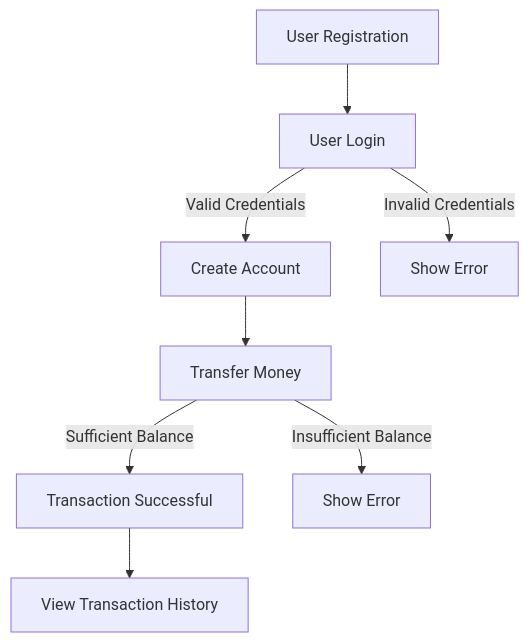
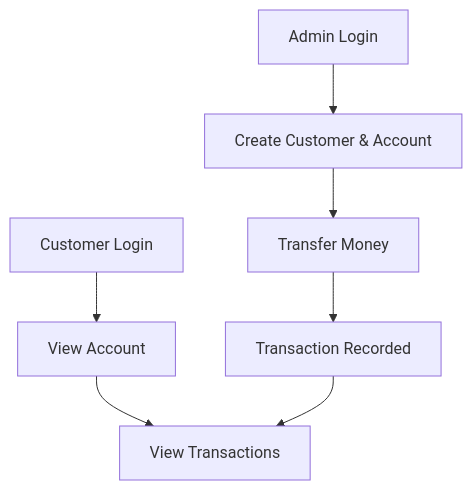
The diagram in README.md (saranya-3012/Secure-Transaction-Management-System), drawn with Mermaid before and after one commit.

````diff
--- a/README.md
+++ b/README.md
@@ -9,12 +9,10 @@
 ```mermaid
 graph TD
-A[User Registration] --> B[User Login]
-B -->|Valid Credentials| C[Create Account]
-B -->|Invalid Credentials| F[Show Error]
+A[Admin Login] --> B[Create Customer & Account]
+B --> C[Transfer Money]
+C --> D[Transaction Recorded]
 
-C --> D[Transfer Money]
-D -->|Sufficient Balance| E[Transaction Successful]
-D -->|Insufficient Balance| G[Show Error]
-
-E --> H[View Transaction History]
+E[Customer Login] --> F[View Account]
+F --> G[View Transactions]
+D --> G
 ```
````
